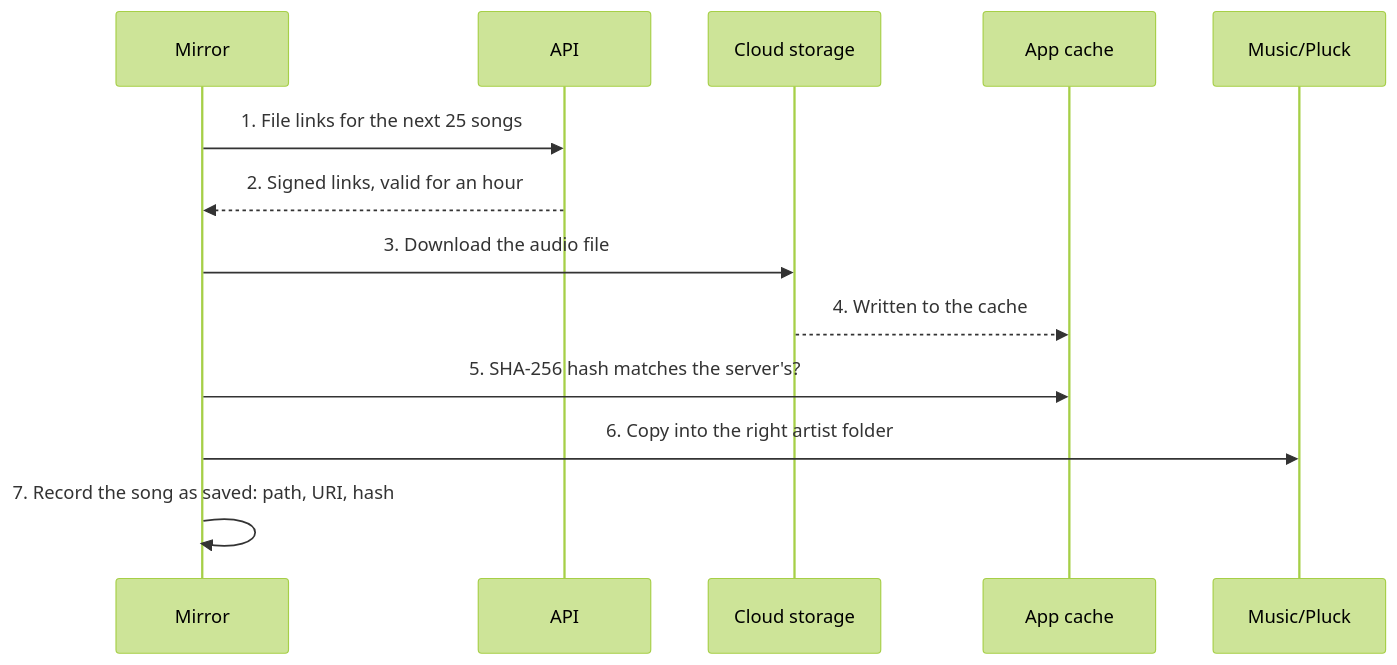
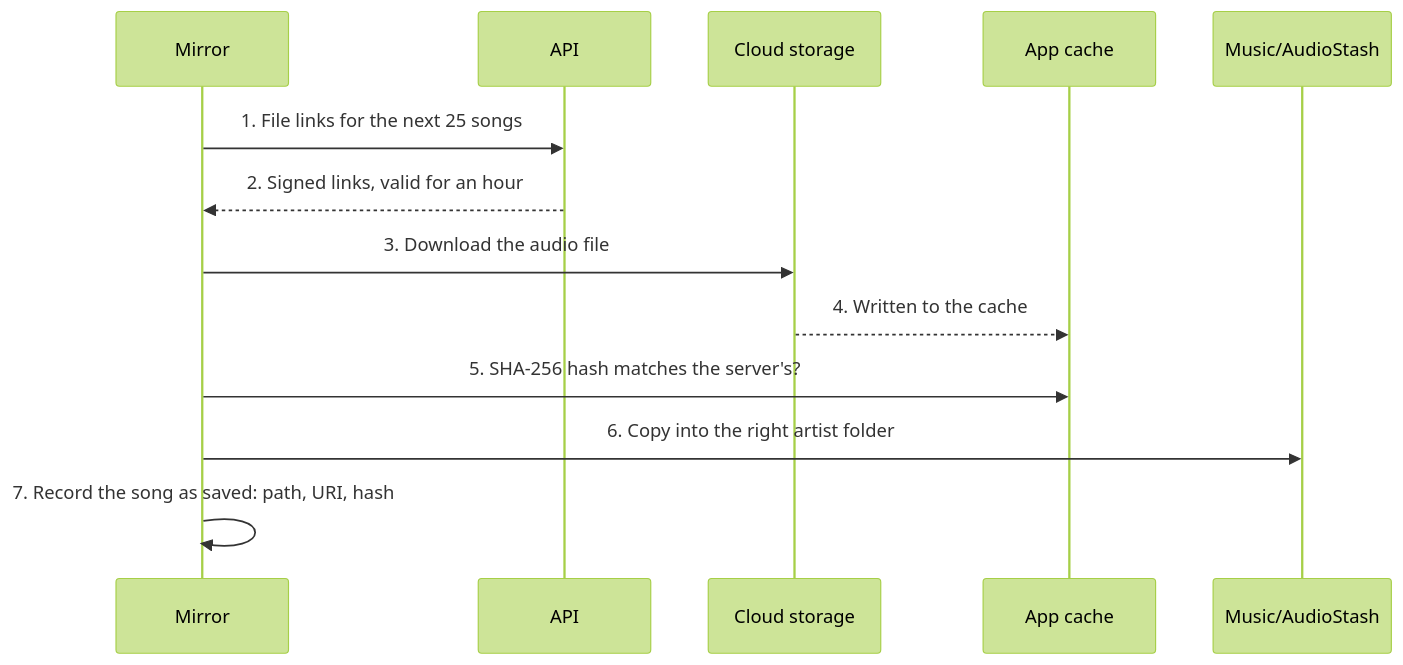
Before and after one commit to MichaelChung888/AudioStash: the diagram in docs/learning/android-storage.md, drawn with Mermaid (forest theme). The commit also changed other lines of this file and 133 other files, not shown here.

Commit message:
fix: renamed to project to AudioStash

````diff
--- a/docs/learning/android-storage.md
+++ b/docs/learning/android-storage.md
@@ -54,16 +54,16 @@
 ```mermaid
 sequenceDiagram
     participant Mirror
     participant API
     participant R2 as Cloud storage
     participant Cache as App cache
-    participant Folder as Music/Pluck
+    participant Folder as Music/AudioStash
 
     Mirror->>API: 1. File links for the next 25 songs
     API-->>Mirror: 2. Signed links, valid for an hour
     Mirror->>R2: 3. Download the audio file
     R2-->>Cache: 4. Written to the cache
     Mirror->>Cache: 5. SHA-256 hash matches the server's?
     Mirror->>Folder: 6. Copy into the right artist folder
     Mirror->>Mirror: 7. Record the song as saved: path, URI, hash
 ```
````
